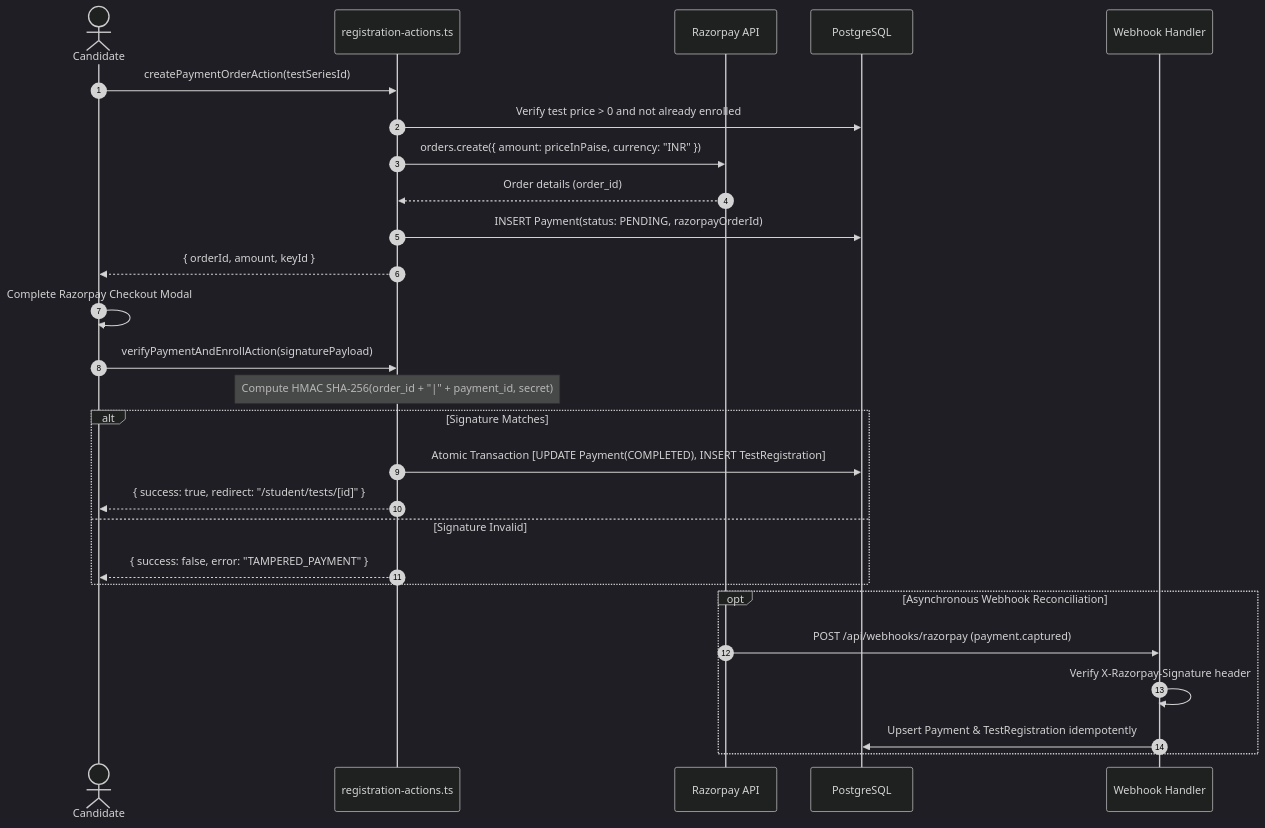
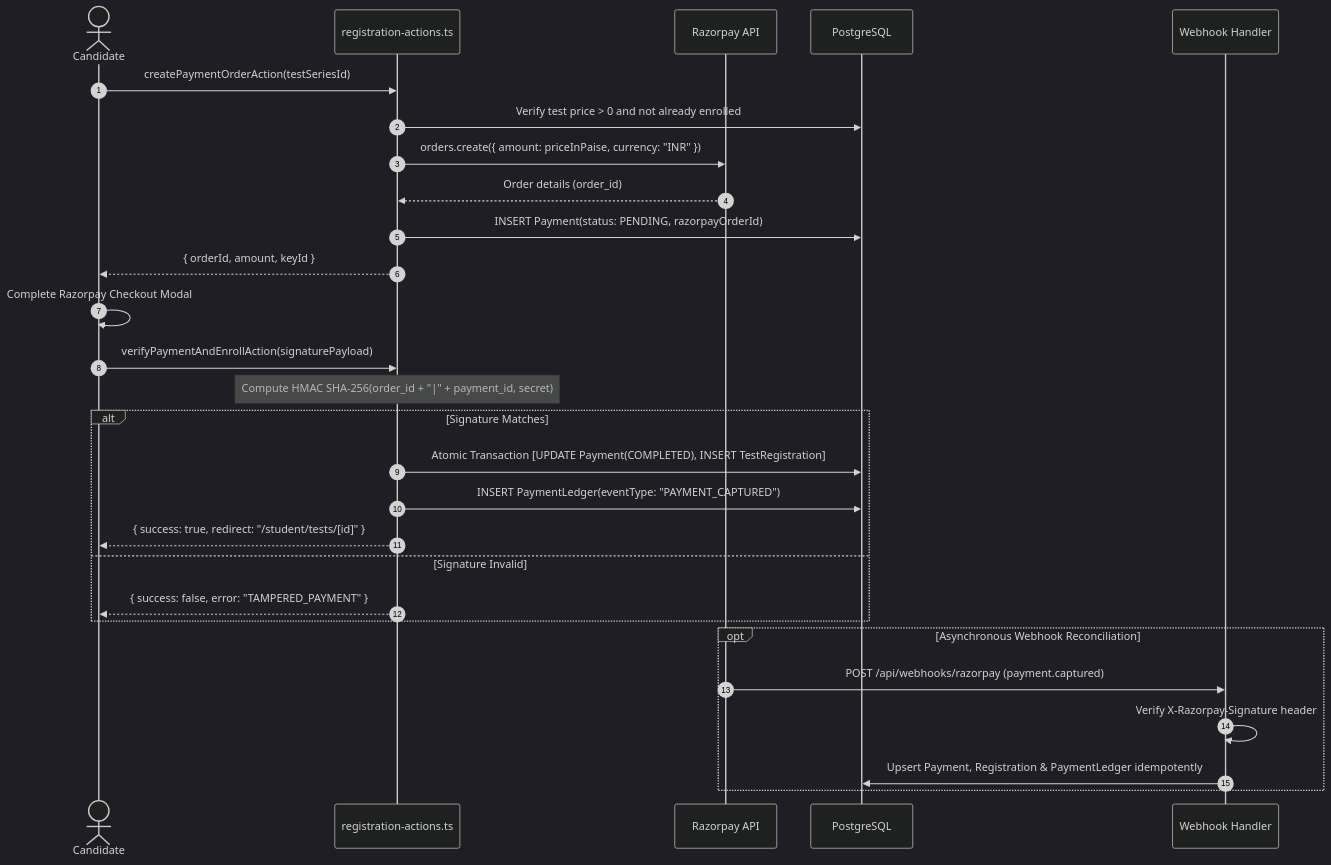
One commit to AbdulBasit2733/Verityra changed the fifth of 6 diagrams in Architecture.md. Above: the diagram before and after it, drawn with Mermaid (dark theme). The commit also changed other lines of this file and 47 other files, not shown here.

````diff
--- a/Architecture.md
+++ b/Architecture.md
@@ -243,33 +249,34 @@
 ```mermaid
 sequenceDiagram
     autonumber
     actor Candidate
     participant RegAction as registration-actions.ts
     participant RZP as Razorpay API
     participant DB as PostgreSQL
     participant WH as Webhook Handler
 
     Candidate->>RegAction: createPaymentOrderAction(testSeriesId)
     RegAction->>DB: Verify test price > 0 and not already enrolled
     RegAction->>RZP: orders.create({ amount: priceInPaise, currency: "INR" })
     RZP-->>RegAction: Order details (order_id)
     RegAction->>DB: INSERT Payment(status: PENDING, razorpayOrderId)
     RegAction-->>Candidate: { orderId, amount, keyId }
 
     Candidate->>Candidate: Complete Razorpay Checkout Modal
     Candidate->>RegAction: verifyPaymentAndEnrollAction(signaturePayload)
     Note over RegAction: Compute HMAC SHA-256(order_id + "|" + payment_id, secret)
     
     alt Signature Matches
         RegAction->>DB: Atomic Transaction [UPDATE Payment(COMPLETED), INSERT TestRegistration]
+        RegAction->>DB: INSERT PaymentLedger(eventType: "PAYMENT_CAPTURED")
         RegAction-->>Candidate: { success: true, redirect: "/student/tests/[id]" }
     else Signature Invalid
         RegAction-->>Candidate: { success: false, error: "TAMPERED_PAYMENT" }
     end
 
     opt Asynchronous Webhook Reconciliation
         RZP->>WH: POST /api/webhooks/razorpay (payment.captured)
         WH->>WH: Verify X-Razorpay-Signature header
-        WH->>DB: Upsert Payment & TestRegistration idempotently
+        WH->>DB: Upsert Payment, Registration & PaymentLedger idempotently
     end
 ```
````
